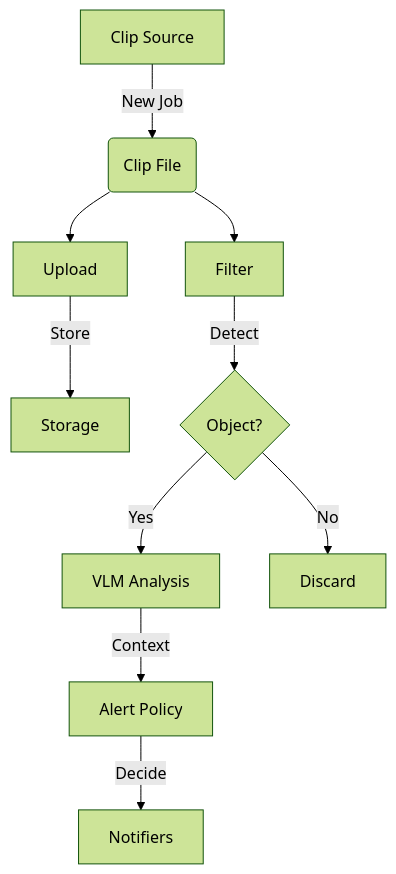
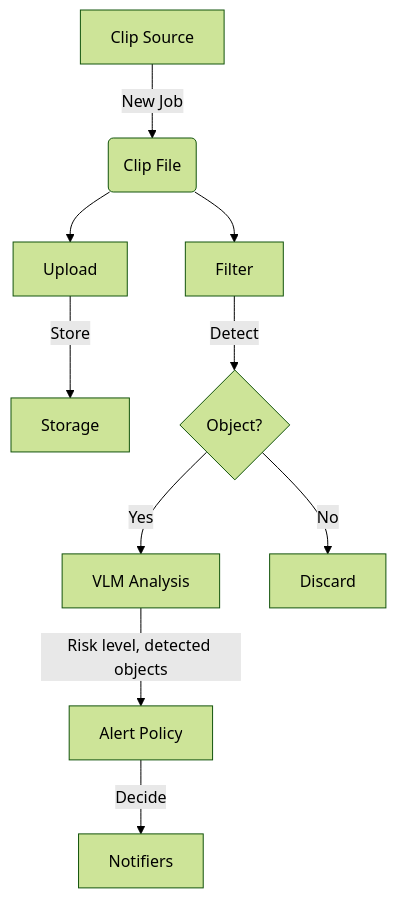
The diagram in README.md (lan17/homesec), drawn with Mermaid (forest theme) before and after one commit.

Commit message:
Update label in diagram

````diff
--- a/README.md
+++ b/README.md
@@ -21,12 +21,12 @@
 ```mermaid
 graph TD
     S[Clip Source] -->|New Job| C(Clip File)
     C --> U[Upload]
     C --> F[Filter]
     U -->|Store| DB[Storage]
     F -->|Detect| AI{Object?}
     AI -->|Yes| V[VLM Analysis]
     AI -->|No| D[Discard]
-    V -->|Context| P[Alert Policy]
+    V -->|Risk level, detected objects| P[Alert Policy]
     P -->|Decide| N[Notifiers]
 ```
````
